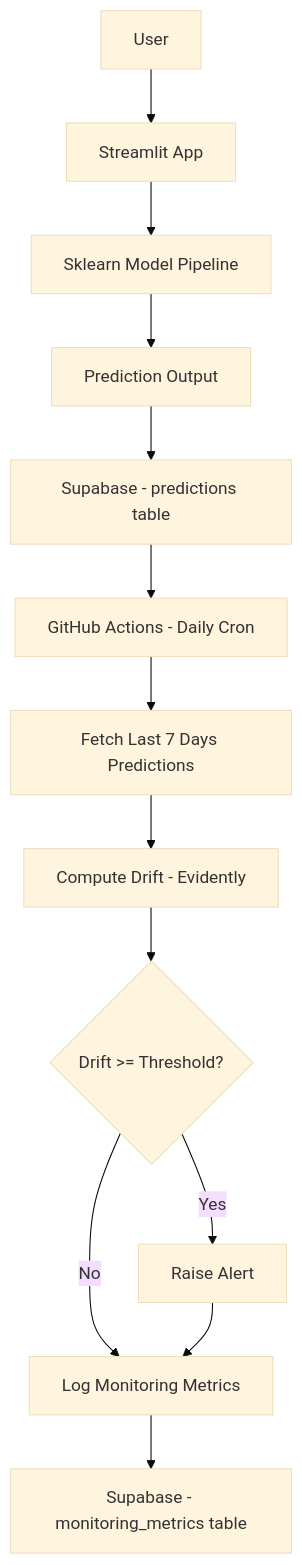
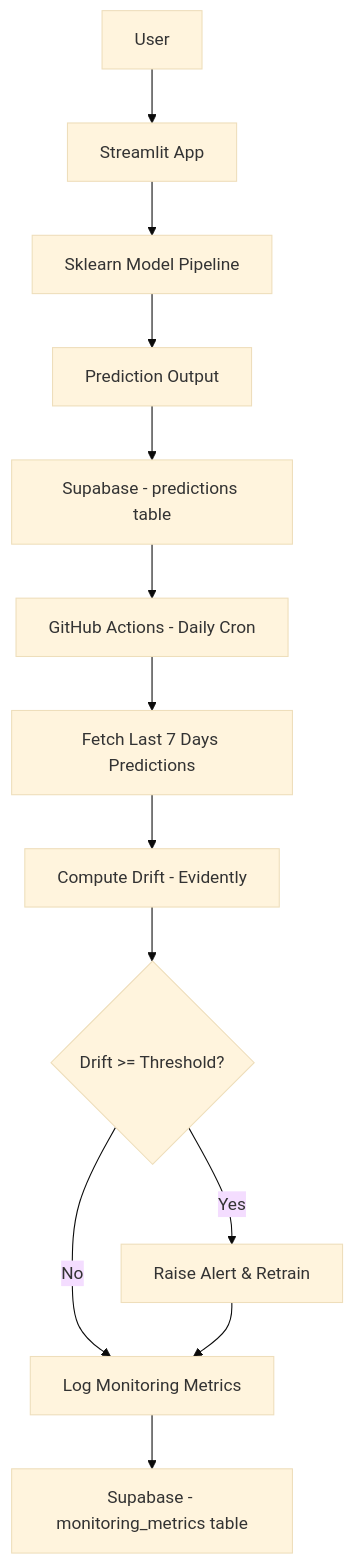
One commit to Eoghan-Krisolis/MLOPs-Streamlit-Supabase-GitHub-Demo changed the diagram in .github/README.md. Above: the diagram before and after it, drawn with Mermaid (base theme). The commit also changed other lines of this file, not shown here.

````diff
--- a/.github/README.md
+++ b/.github/README.md
@@ -17,19 +19,19 @@
 ``` mermaid
 flowchart TD
     A[User] --> B[Streamlit App]
     B --> C[Sklearn Model Pipeline]
     C --> D[Prediction Output]
 
     D --> E[Supabase - predictions table]
 
     E --> F[GitHub Actions - Daily Cron]
     F --> G[Fetch Last 7 Days Predictions]
     G --> H[Compute Drift - Evidently]
     H --> I{Drift >= Threshold?}
 
     I -- No --> J[Log Monitoring Metrics]
-    I -- Yes --> K[Raise Alert]
+    I -- Yes --> K[Raise Alert & Retrain]
     K --> J
 
     J --> L[Supabase - monitoring_metrics table]
 ```
````
